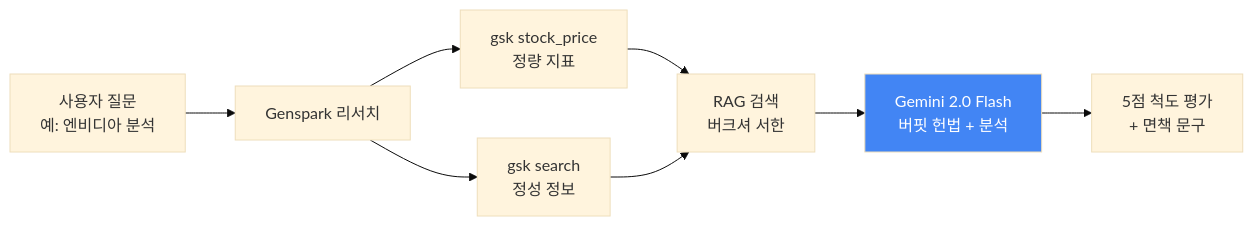
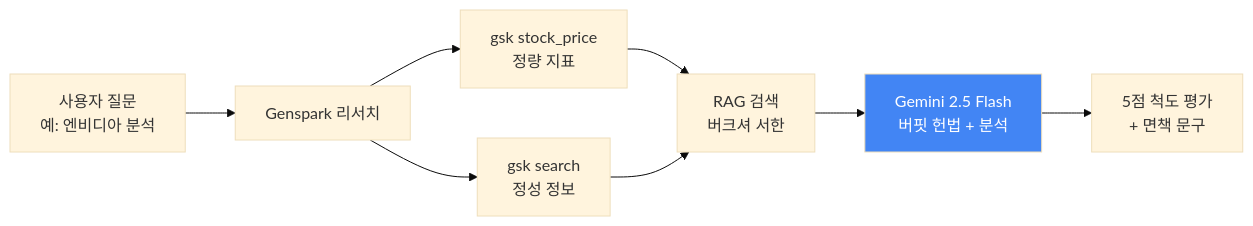
The diagram in README.md (bu11ymaguire/stockking_mk2), drawn with Mermaid (base theme) before and after one commit. The commit also changed other lines of this file and 1 other file, not shown here.

First line of the commit message:
docs: align README with Gemini 2.5 Flash + restore .env.example

````diff
--- a/README.md
+++ b/README.md
@@ -61,11 +61,11 @@
 ```mermaid
 graph LR
     A[사용자 질문<br/>예: 엔비디아 분석] --> B[Genspark 리서치]
     B --> B1[gsk stock_price<br/>정량 지표]
     B --> B2[gsk search<br/>정성 정보]
     B1 --> C[RAG 검색<br/>버크셔 서한]
     B2 --> C
-    C --> D[Gemini 2.0 Flash<br/>버핏 헌법 + 분석]
+    C --> D[Gemini 2.5 Flash<br/>버핏 헌법 + 분석]
     D --> E[5점 척도 평가<br/>+ 면책 문구]
     style D fill:#4285F4,color:#fff
 ```
````
